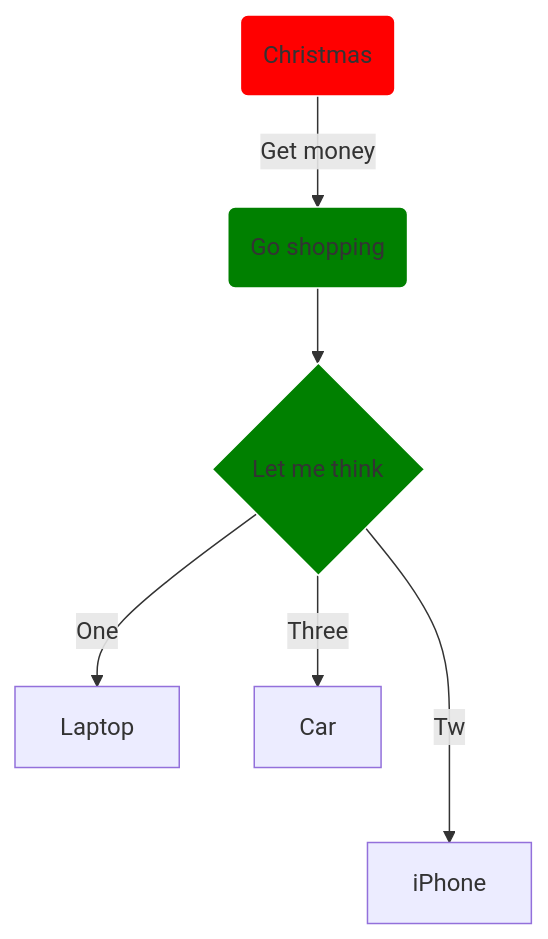
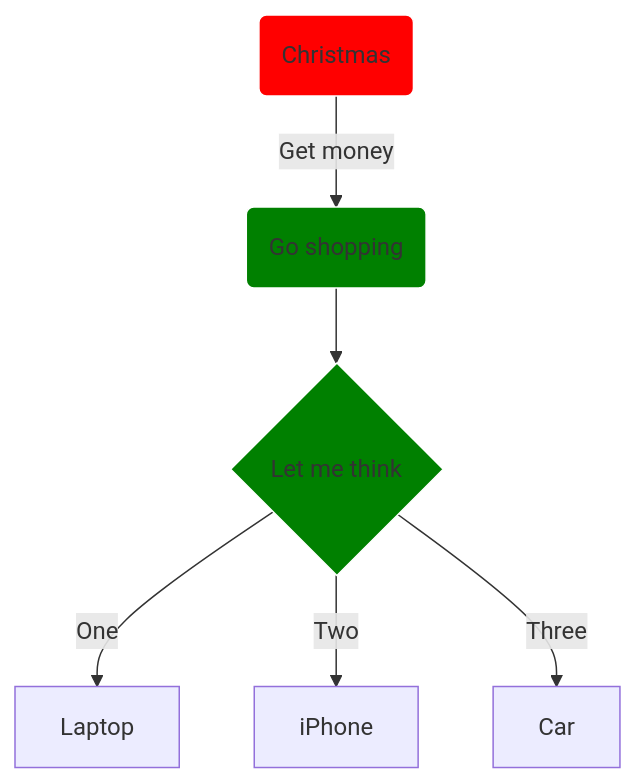
One commit to singhanmolpreet/mermaid changed the second of 3 diagrams in README.md. Above: the diagram before and after it, drawn with Mermaid.

````diff
--- a/README.md
+++ b/README.md
@@ -12,11 +12,11 @@
 ```mermaid
 flowchart TD
     A(Christmas)-- Get money -->B(Go shopping)
     B --> C{Let me think}
     C --One --> D[Laptop] 
-    C --Two-->E[iPhone]
-    C --Three--> F[Car]
+    C --Two -->E[iPhone]
+    C --Three --> F[Car]
     style A fill:red,stroke:white
     style B fill:green,stroke:white
     style C fill:green,stroke:white
 ```
````
